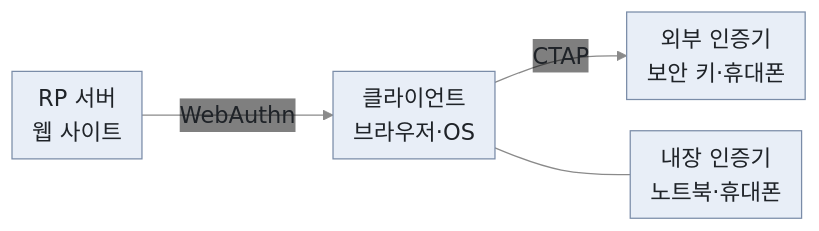
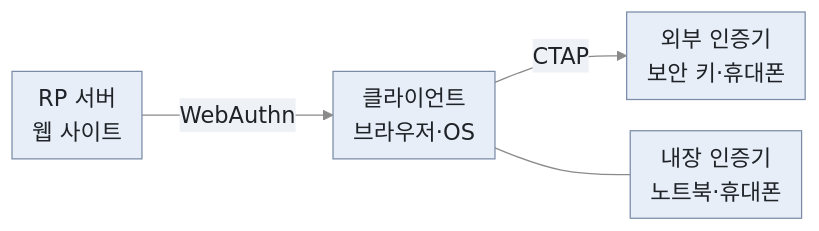
One commit to secututor/security-knowledge-base changed the first of 3 diagrams in security-fundamentals/pki-identity/fido2-webauthn-passkey.md. Above: the diagram before and after it, drawn with Mermaid. The commit also changed other lines of this file and 27 other files, not shown here.

Commit message:
docs: Mermaid 설명형 화살표 라벨을 보조 노드로 분리, 짧은 라벨 상자 복원

````diff
--- a/security-fundamentals/pki-identity/fido2-webauthn-passkey.md
+++ b/security-fundamentals/pki-identity/fido2-webauthn-passkey.md
@@ -24,7 +24,7 @@
 ```mermaid
-%%{init: {"theme": "base", "themeVariables": {"fontSize": "18px", "primaryColor": "#e8eef7", "primaryTextColor": "#1f2328", "primaryBorderColor": "#7a8ca8", "secondaryColor": "#eef1f5", "tertiaryColor": "#f5f7fa", "lineColor": "#8a8a8a", "edgeLabelBackground": "transparent", "textColor": "#8a8a8a", "transitionLabelColor": "#8a8a8a", "clusterBkg": "#f5f7fa", "clusterBorder": "#7a8ca8", "actorBkg": "#e8eef7", "actorBorder": "#7a8ca8", "actorTextColor": "#1f2328", "actorLineColor": "#8a8a8a", "signalColor": "#8a8a8a", "signalTextColor": "#8a8a8a", "noteBkgColor": "#fff8dc", "noteTextColor": "#1f2328", "noteBorderColor": "#c9b458"}, "flowchart": {"nodeSpacing": 25, "rankSpacing": 60, "padding": 8}, "sequence": {"width": 110, "height": 40, "boxMargin": 6, "noteMargin": 6, "actorMargin": 40}}}%%
+%%{init: {"theme": "base", "themeVariables": {"fontSize": "18px", "primaryColor": "#e8eef7", "primaryTextColor": "#1f2328", "primaryBorderColor": "#7a8ca8", "secondaryColor": "#eef1f5", "tertiaryColor": "#f5f7fa", "lineColor": "#8a8a8a", "edgeLabelBackground": "#eef1f5", "clusterBkg": "#f5f7fa", "clusterBorder": "#7a8ca8", "actorBkg": "#e8eef7", "actorBorder": "#7a8ca8", "actorTextColor": "#1f2328", "actorLineColor": "#8a8a8a", "signalColor": "#8a8a8a", "signalTextColor": "#8a8a8a", "noteBkgColor": "#fff8dc", "noteTextColor": "#1f2328", "noteBorderColor": "#c9b458"}, "flowchart": {"nodeSpacing": 25, "rankSpacing": 60, "padding": 8}, "sequence": {"width": 110, "height": 40, "boxMargin": 6, "noteMargin": 6, "actorMargin": 40}}}%%
 flowchart LR
     RP["RP 서버<br>웹 사이트"] -->|"WebAuthn"| C["클라이언트<br>브라우저·OS"]
     C -->|"CTAP"| EXT["외부 인증기<br>보안 키·휴대폰"]
     C --- PLT["내장 인증기<br>노트북·휴대폰"]
 ```
````
